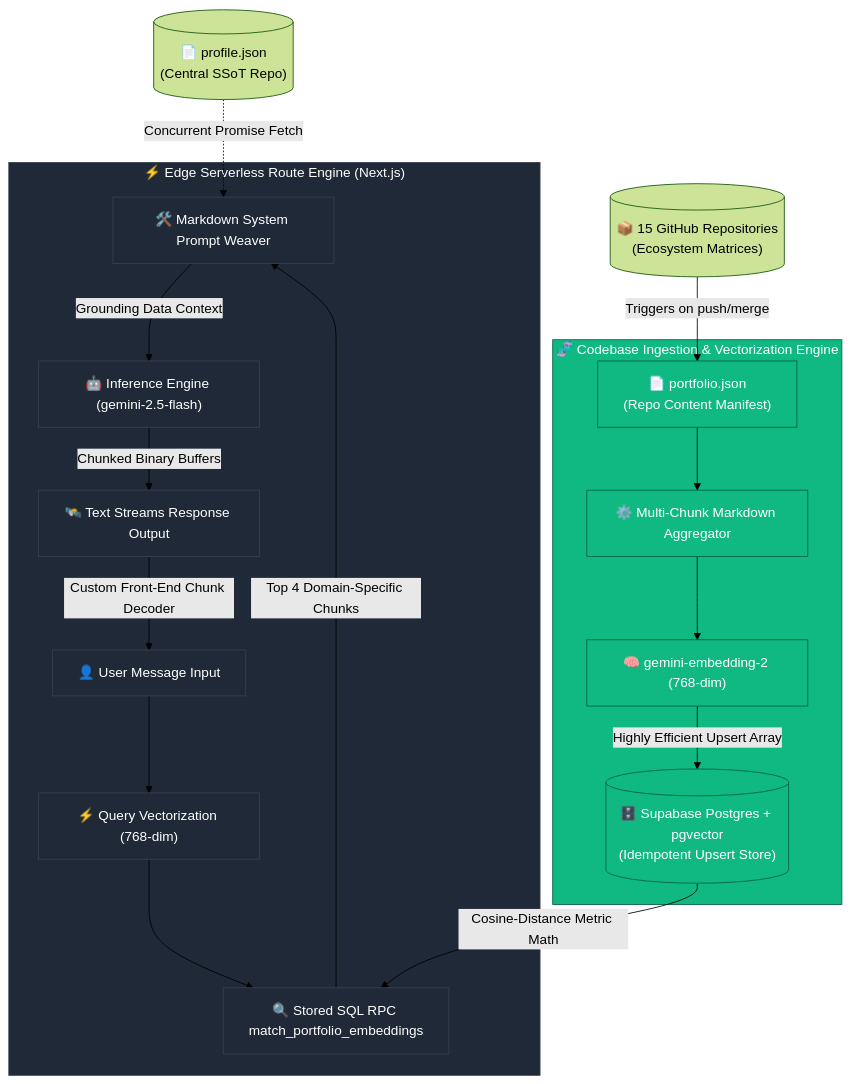
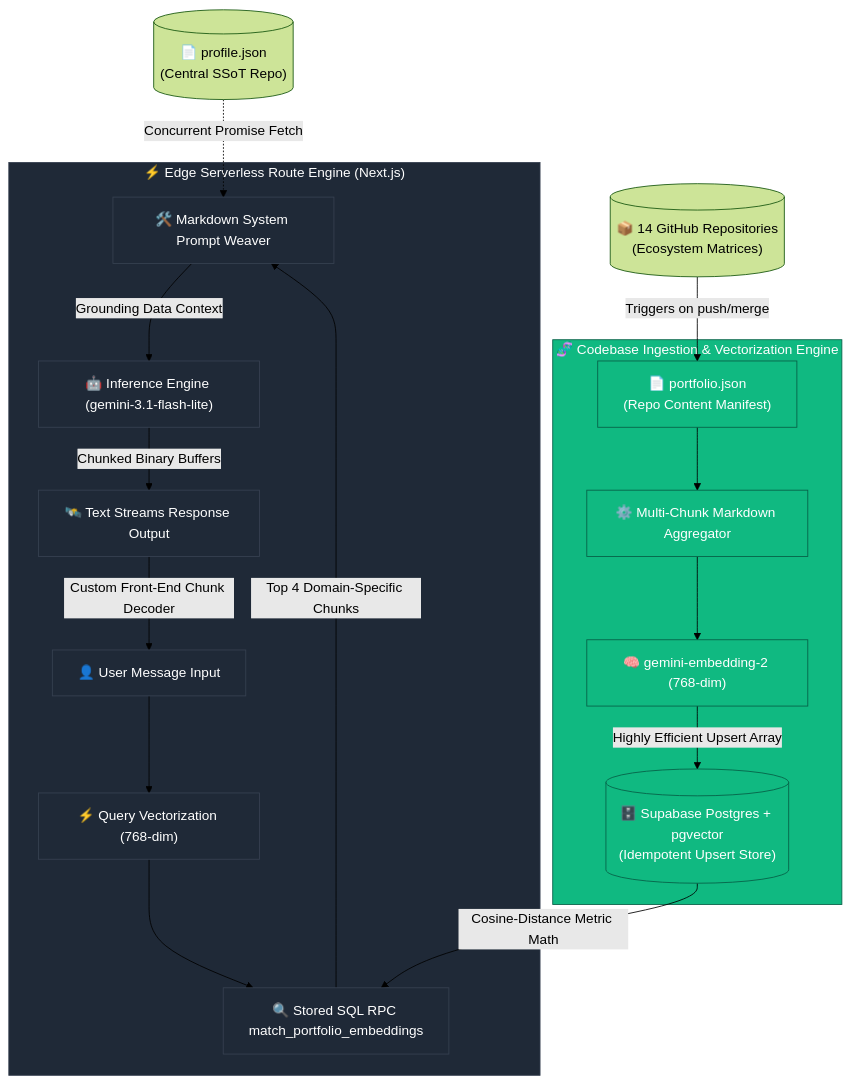
The diagram in README.md (HoodieYlya13/ylya-bot), drawn with Mermaid (forest theme) before and after one commit. The commit also changed other lines of this file and 3 other files, not shown here.

````diff
--- a/README.md
+++ b/README.md
@@ -25,47 +25,47 @@
 ```mermaid
 flowchart TD
     %% Core Inputs
     ProfileJSON[("📄 profile.json<br>(Central SSoT Repo)")]
-    Repos[("📦 15 GitHub Repositories<br>(Ecosystem Matrices)")]
+    Repos[("📦 14 GitHub Repositories<br>(Ecosystem Matrices)")]
 
     %% Ingestion Pipeline
     subgraph IngestionPipeline ["🧬 Codebase Ingestion & Vectorization Engine"]
         PortJSON["📄 portfolio.json<br>(Repo Content Manifest)"]
         Parser["⚙️ Multi-Chunk Markdown Aggregator"]
         Embedder["🧠 gemini-embedding-2 (768-dim)"]
         VectorDB[("🗄️ Supabase Postgres + pgvector<br>(Idempotent Upsert Store)")]
     end
 
     %% Runtime Query Flow
     subgraph Runtime ["⚡ Edge Serverless Route Engine (Next.js)"]
         UserQuery["👤 User Message Input"]
         QueryEmbed["⚡ Query Vectorization (768-dim)"]
         SemanticSearch["🔍 Stored SQL RPC match_portfolio_embeddings"]
         SysPrompt["🛠️ Markdown System Prompt Weaver"]
-        LLM["🤖 Inference Engine (gemini-2.5-flash)"]
+        LLM["🤖 Inference Engine (gemini-3.1-flash-lite)"]
         StreamResponse["🛰️ Text Streams Response Output"]
     end
 
     %% Flow Connections
     ProfileJSON -.->|Concurrent Promise Fetch| SysPrompt
     Repos -->|Triggers on push/merge| PortJSON
     PortJSON --> Parser
     Parser --> Embedder
     Embedder -->|Highly Efficient Upsert Array| VectorDB
 
     UserQuery --> QueryEmbed
     QueryEmbed --> SemanticSearch
     VectorDB -->|Cosine-Distance Metric Math| SemanticSearch
     SemanticSearch -->|Top 4 Domain-Specific Chunks| SysPrompt
     SysPrompt -->|Grounding Data Context| LLM
     LLM -->|Chunked Binary Buffers| StreamResponse
     StreamResponse -->|Custom Front-End Chunk Decoder| UserQuery
 
     %% Styling
     classDef main fill:#6366f1,stroke:#312e81,stroke-width:2px,color:#fff;
     classDef runtime fill:#1f2937,stroke:#374151,stroke-width:1px,color:#fff;
     classDef ingest fill:#10b981,stroke:#065f46,stroke-width:1px,color:#fff;
     class SSoT main;
     class IngestionPipeline,PortJSON,Parser,Embedder,VectorDB ingest;
     class Runtime,UserQuery,QueryEmbed,SemanticSearch,SysPrompt,LLM,StreamResponse runtime;
 ```
````
